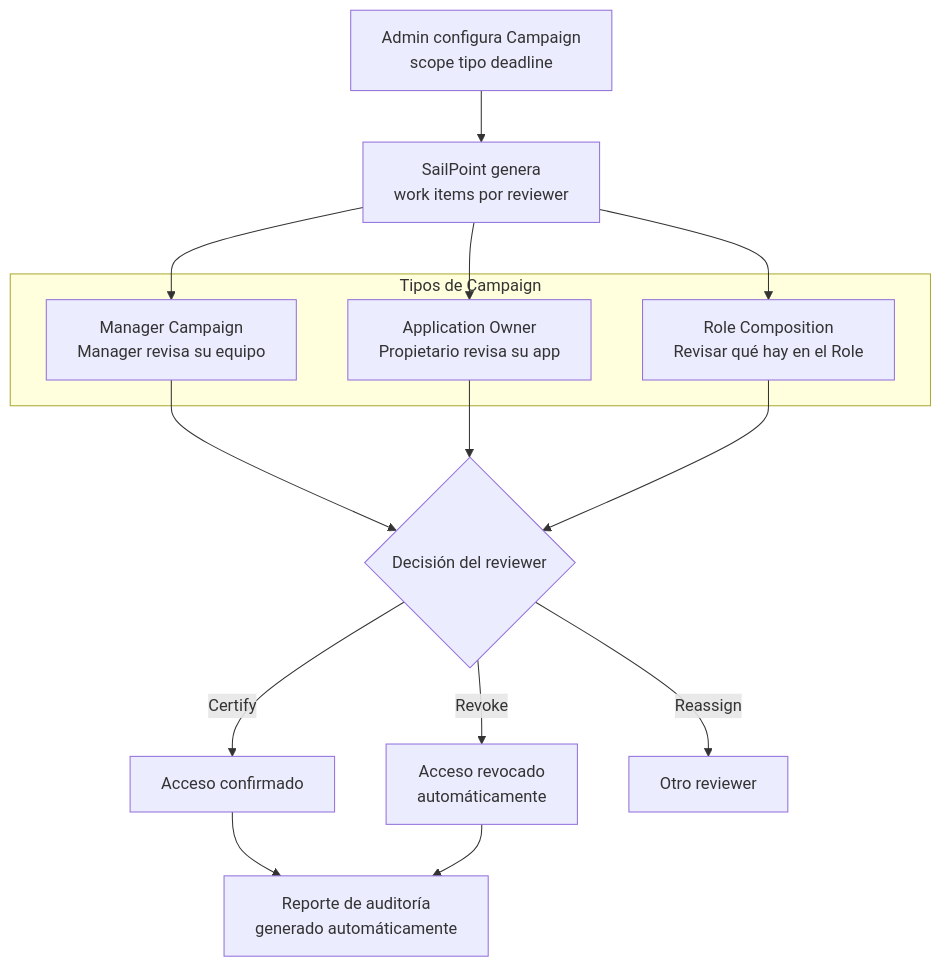
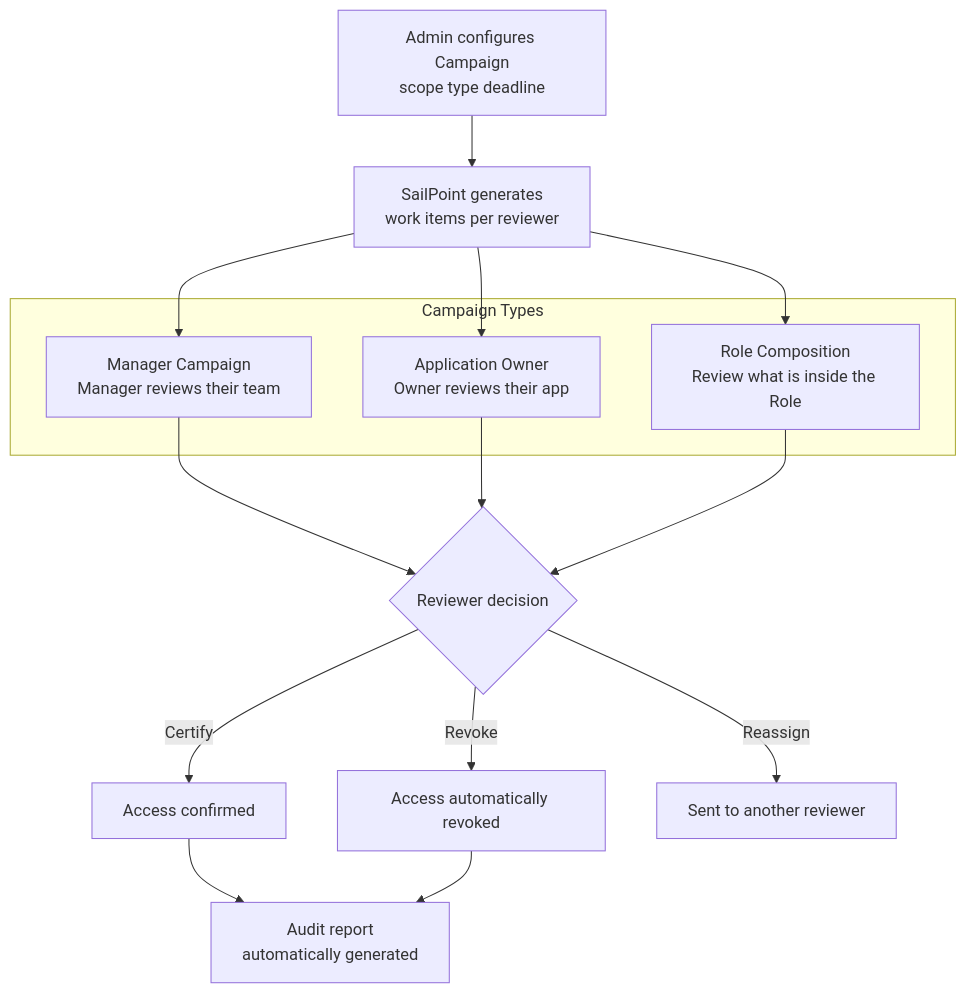
One commit to yaz29/cloud-security-portfolio changed the diagram in SailPoint/05-Certification-Campaigns/README.md. Above: the diagram before and after it, drawn with Mermaid. The commit also changed other lines of this file, not shown here.

````diff
--- a/SailPoint/05-Certification-Campaigns/README.md
+++ b/SailPoint/05-Certification-Campaigns/README.md
@@ -20,15 +20,15 @@
 ```mermaid
 flowchart TD
-    A[Admin configura Campaign\nscope tipo deadline] --> B[SailPoint genera\nwork items por reviewer]
-    subgraph Tipos de Campaign
-        C1[Manager Campaign\nManager revisa su equipo]
-        C2[Application Owner\nPropietario revisa su app]
-        C3[Role Composition\nRevisar qué hay en el Role]
+    A[Admin configures Campaign\nscope type deadline] --> B[SailPoint generates\nwork items per reviewer]
+    subgraph Campaign Types
+        C1[Manager Campaign\nManager reviews their team]
+        C2[Application Owner\nOwner reviews their app]
+        C3[Role Composition\nReview what is inside the Role]
     end
     B --> C1 & C2 & C3
-    C1 & C2 & C3 --> D{Decisión del reviewer}
-    D -->|Certify| E[Acceso confirmado]
-    D -->|Revoke| F[Acceso revocado\nautomáticamente]
-    D -->|Reassign| G[Otro reviewer]
-    E & F --> H[Reporte de auditoría\ngenerado automáticamente]
+    C1 & C2 & C3 --> D{Reviewer decision}
+    D -->|Certify| E[Access confirmed]
+    D -->|Revoke| F[Access automatically revoked]
+    D -->|Reassign| G[Sent to another reviewer]
+    E & F --> H[Audit report\nautomatically generated]
 ```
````
